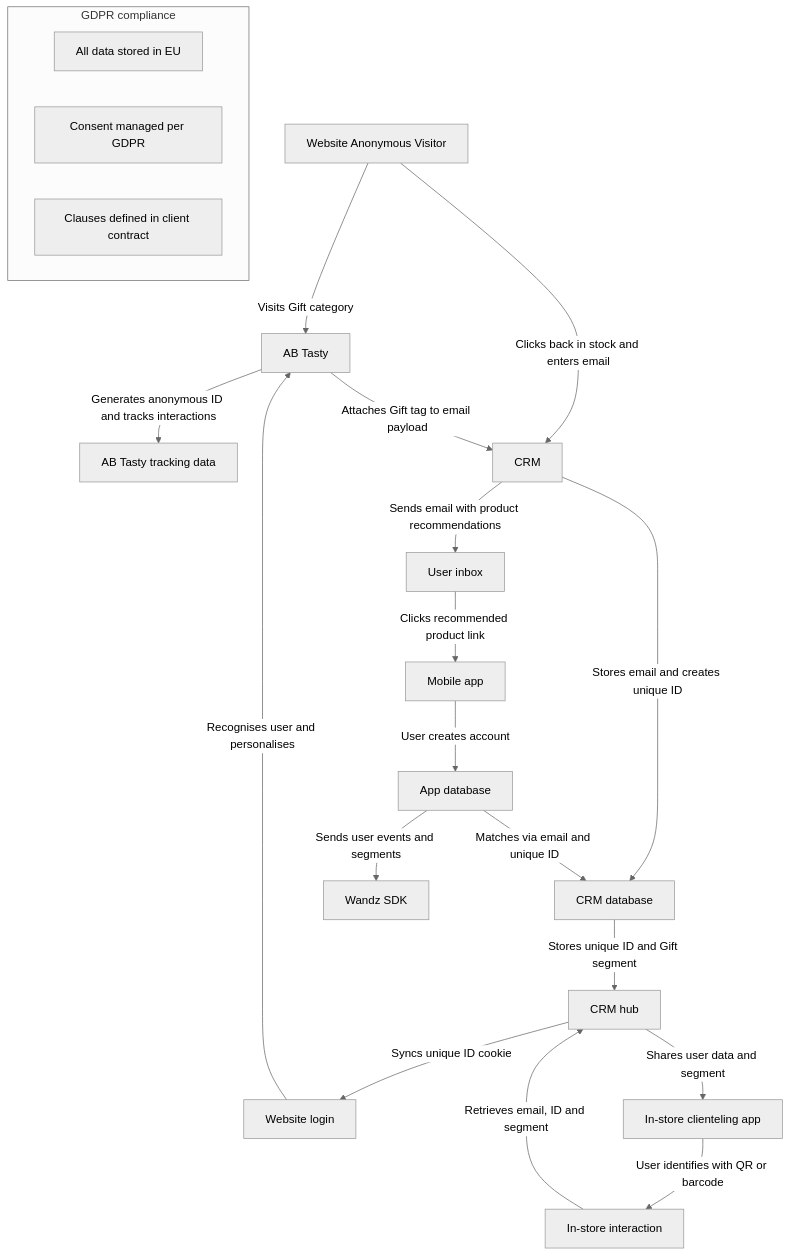
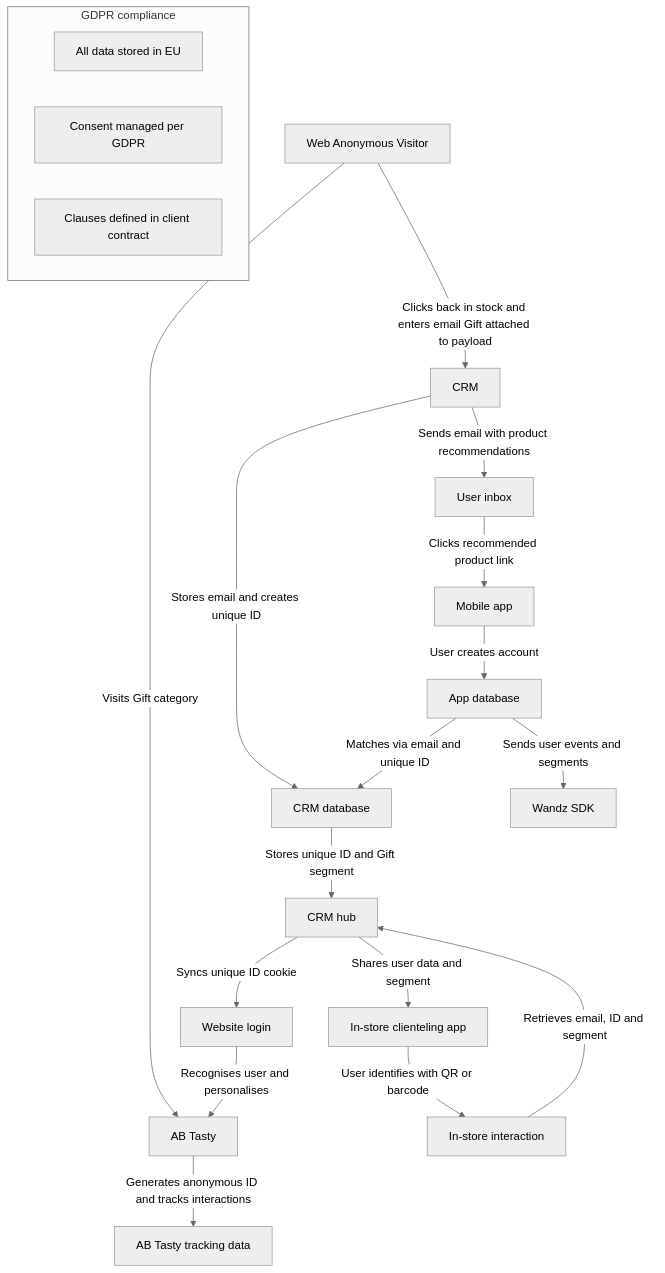
The first of 2 diagrams in README.md (valoudefou/luxury-perosnalisation-across-channel), drawn with Mermaid (neutral theme) before and after one commit.

````diff
--- a/README.md
+++ b/README.md
@@ -22,26 +22,25 @@
 ```mermaid
 %% Omnichannel Customer Journey (Flowchart)
 flowchart TD
-    A[Website Anonymous Visitor] -->|Visits Gift category| B[AB Tasty]
+    A[Web Anonymous Visitor] -->|Visits Gift category| B[AB Tasty]
     B -->|Generates anonymous ID and tracks interactions| C[AB Tasty tracking data]
-    A -->|Clicks back in stock and enters email| D[CRM]
-    B -->|Attaches Gift tag to email payload| D
+    A -->|Clicks back in stock and enters email Gift attached to payload| D[CRM]
     D -->|Stores email and creates unique ID| E[CRM database]
     D -->|Sends email with product recommendations| A2[User inbox]
     A2 -->|Clicks recommended product link| F[Mobile app]
     F -->|User creates account| G[App database]
     G -->|Matches via email and unique ID| E
     G -->|Sends user events and segments| H[Wandz SDK]
     E -->|Stores unique ID and Gift segment| I[CRM hub]
     I -->|Syncs unique ID cookie| J[Website login]
     J -->|Recognises user and personalises| B
     I -->|Shares user data and segment| K[In-store clienteling app]
     K -->|User identifies with QR or barcode| L[In-store interaction]
     L -->|Retrieves email, ID and segment| I
 
     subgraph GDPR compliance
         note1[All data stored in EU]
         note2[Consent managed per GDPR]
         note3[Clauses defined in client contract]
     end
 ```
````
